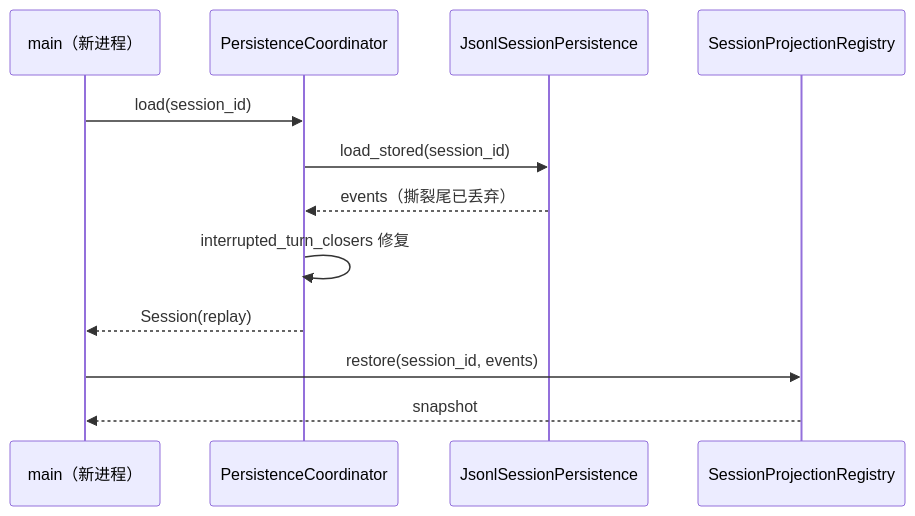
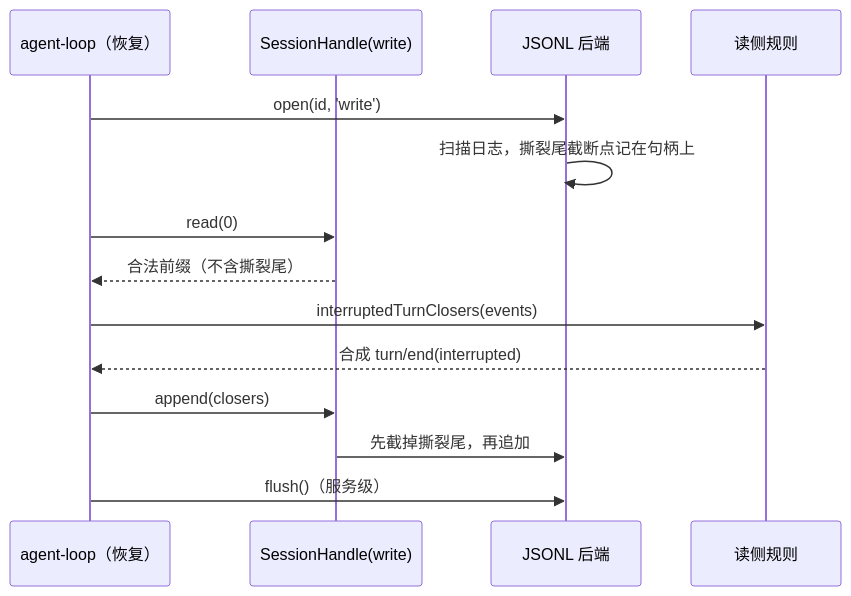
Before and after one commit to ChenYu1991ppak/deepseek-harness-anatomy: the second of 2 diagrams in ch03/ch03-session-persistence_zh.md, drawn with Mermaid. The commit also changed other lines of this file and 124 other files, not shown here.

````diff
--- a/ch03/ch03-session-persistence_zh.md
+++ b/ch03/ch03-session-persistence_zh.md
@@ -373,14 +323,16 @@
 ```mermaid
 sequenceDiagram
-    participant M as main（新进程）
-    participant C as PersistenceCoordinator
-    participant B as JsonlSessionPersistence
-    participant R as SessionProjectionRegistry
-    M->>C: load(session_id)
-    C->>B: load_stored(session_id)
-    B-->>C: events（撕裂尾已丢弃）
-    C->>C: interrupted_turn_closers 修复
-    C-->>M: Session(replay)
-    M->>R: restore(session_id, events)
-    R-->>M: snapshot
+    participant A as agent-loop（恢复）
+    participant H as SessionHandle(write)
+    participant B as JSONL 后端
+    participant R as 读侧规则
+    A->>B: open(id, 'write')
+    B->>B: 扫描日志，撕裂尾截断点记在句柄上
+    A->>H: read(0)
+    H-->>A: 合法前缀（不含撕裂尾）
+    A->>R: interruptedTurnClosers(events)
+    R-->>A: 合成 turn/end(interrupted)
+    A->>H: append(closers)
+    H->>B: 先截掉撕裂尾，再追加
+    A->>B: flush()（服务级）
 ```
````
